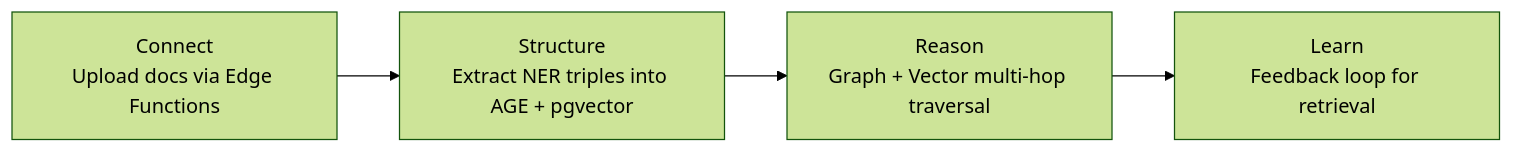
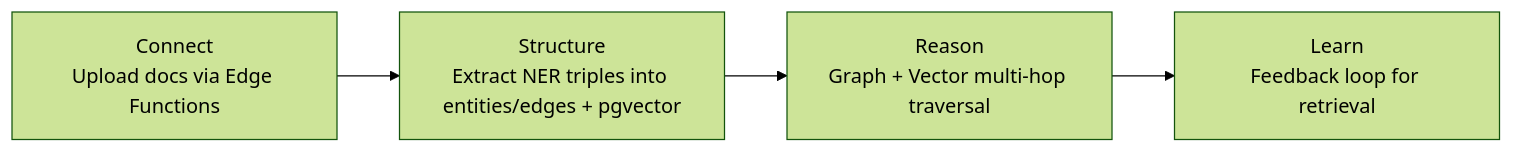
One commit to the-khiem7/EnterpriseIQ changed the first of 2 diagrams in README.md. Above: the diagram before and after it, drawn with Mermaid (forest theme). The commit also changed other lines of this file and 3 other files, not shown here.

````diff
--- a/README.md
+++ b/README.md
@@ -37,9 +37,9 @@
 ```mermaid
 flowchart LR
   A["Connect<br/>Upload docs via Edge Functions"]
-  B["Structure<br/>Extract NER triples into AGE + pgvector"]
+  B["Structure<br/>Extract NER triples into entities/edges + pgvector"]
   C["Reason<br/>Graph + Vector multi-hop traversal"]
   D["Learn<br/>Feedback loop for retrieval"]
 
   A --> B --> C --> D
 ```
````
